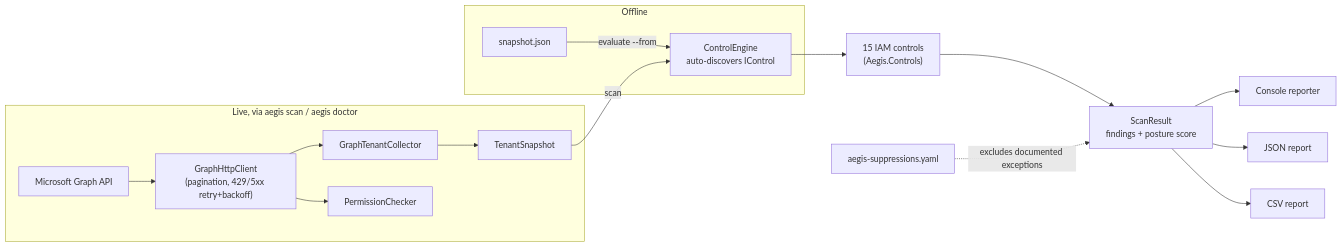
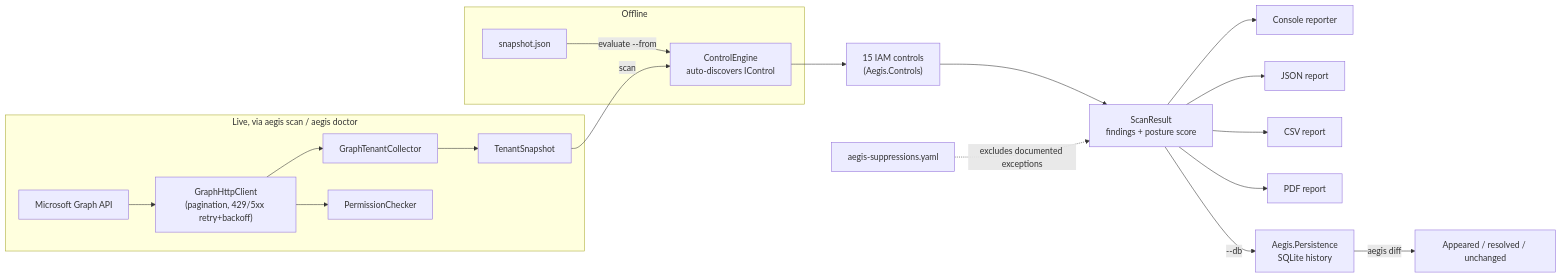
Before and after one commit to SaniAdamou14/Aegis-ID: the diagram in README.md, drawn with Mermaid. The commit also changed other lines of this file and 4 other files, not shown here.

````diff
--- a/README.md
+++ b/README.md
@@ -84,21 +84,24 @@
 ```mermaid
 flowchart LR
     subgraph Offline
         SNAPFILE[snapshot.json] -->|"evaluate --from"| ENGINE
     end
 
     subgraph Live[Live, via aegis scan / aegis doctor]
         GRAPHAPI[Microsoft Graph API] --> HTTPCLIENT["GraphHttpClient<br/>(pagination, 429/5xx retry+backoff)"]
         HTTPCLIENT --> COLLECTOR[GraphTenantCollector]
         HTTPCLIENT --> DOCTOR[PermissionChecker]
         COLLECTOR --> SNAPSHOT[TenantSnapshot]
         SNAPSHOT -->|"scan"| ENGINE
     end
 
     ENGINE[ControlEngine<br/>auto-discovers IControl] --> CONTROLS["15 IAM controls<br/>(Aegis.Controls)"]
     CONTROLS --> RESULT["ScanResult<br/>findings + posture score"]
     RESULT --> CONSOLE[Console reporter]
     RESULT --> JSONR[JSON report]
     RESULT --> CSVR[CSV report]
+    RESULT --> PDFR[PDF report]
+    RESULT -->|"--db"| HISTORY["Aegis.Persistence<br/>SQLite history"]
+    HISTORY -->|"aegis diff"| DIFF[Appeared / resolved / unchanged]
     SUPPRESS["aegis-suppressions.yaml"] -.->|excludes documented exceptions| RESULT
 ```
````
